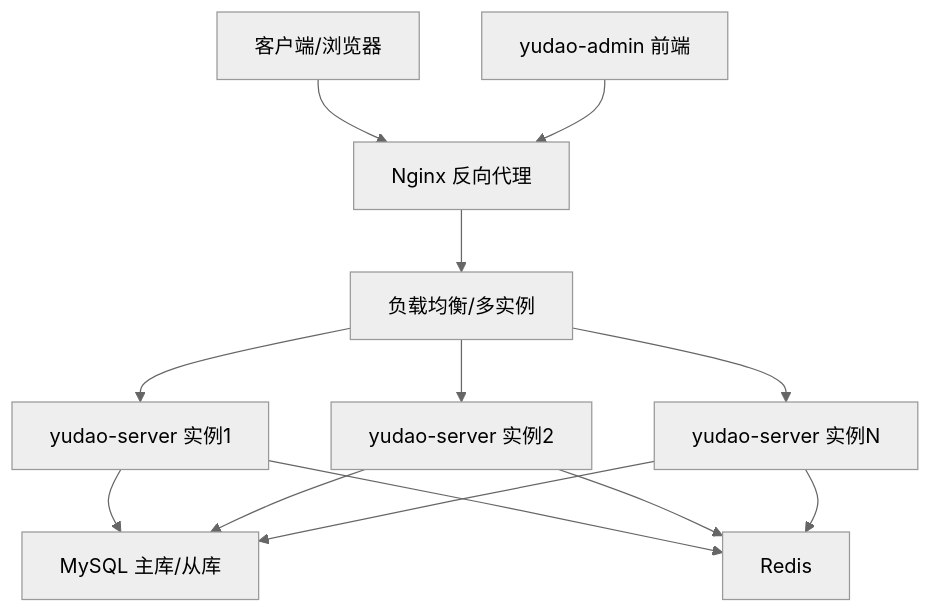
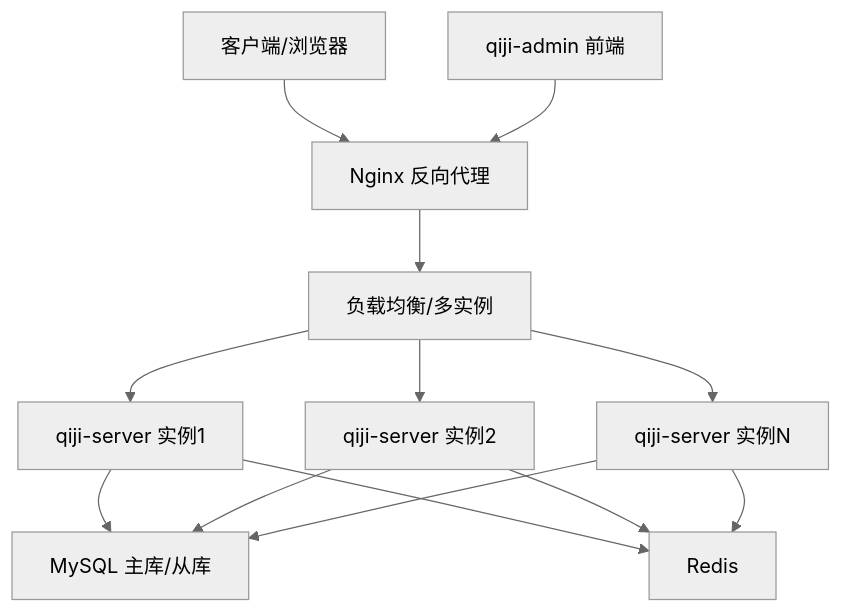
Before and after one commit to zhuangpengLI/AgenticCPS: the second of 7 diagrams in backend/.qoder/repowiki/zh/content/部署与运维/生产环境部署.md, drawn with Mermaid (neutral theme). The commit also changed other lines of this file and 3489 other files, not shown here.

````diff
--- a/backend/.qoder/repowiki/zh/content/部署与运维/生产环境部署.md
+++ b/backend/.qoder/repowiki/zh/content/部署与运维/生产环境部署.md
@@ -82,15 +82,15 @@
 ```mermaid
 graph TB
 Client["客户端/浏览器"] --> Nginx["Nginx 反向代理"]
 Nginx --> LB["负载均衡/多实例"]
-LB --> App1["yudao-server 实例1"]
-LB --> App2["yudao-server 实例2"]
-LB --> AppN["yudao-server 实例N"]
+LB --> App1["qiji-server 实例1"]
+LB --> App2["qiji-server 实例2"]
+LB --> AppN["qiji-server 实例N"]
 App1 --> DB["MySQL 主库/从库"]
 App2 --> DB
 AppN --> DB
 App1 --> Cache["Redis"]
 App2 --> Cache
 AppN --> Cache
-AdminFE["yudao-admin 前端"] --> Nginx
+AdminFE["qiji-admin 前端"] --> Nginx
 ```
````
